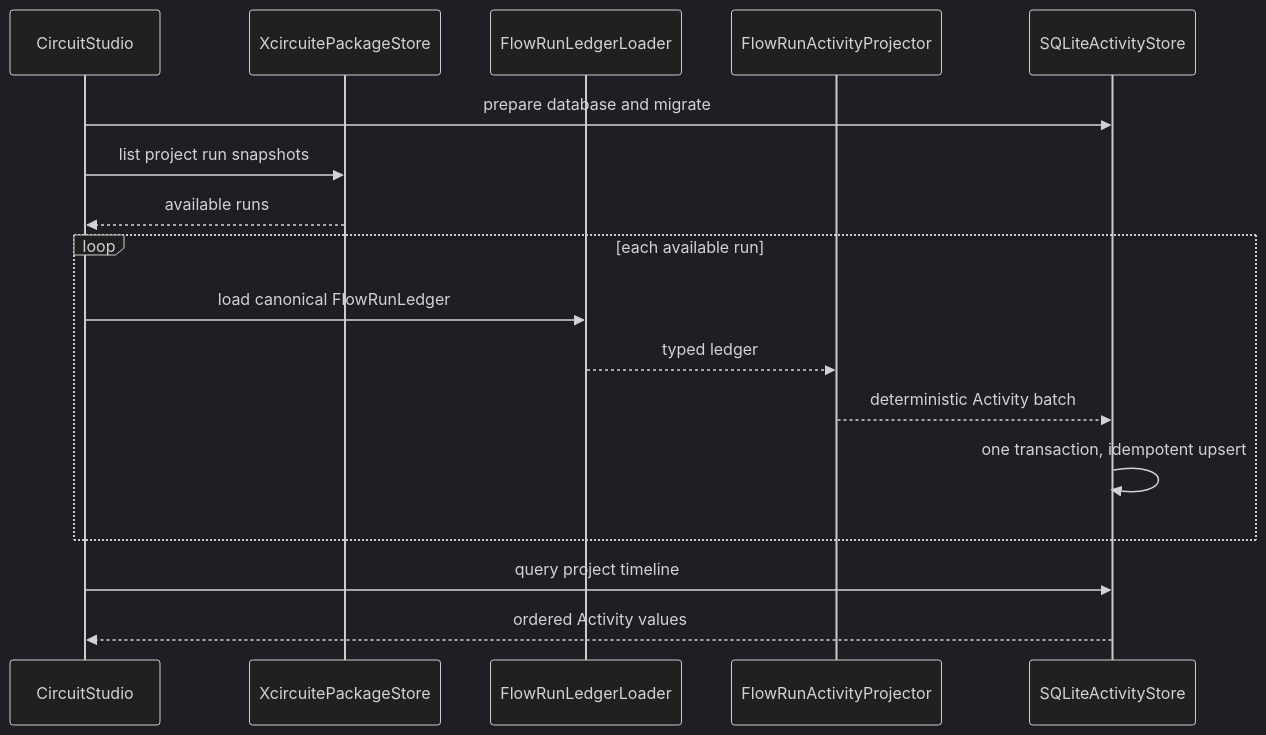
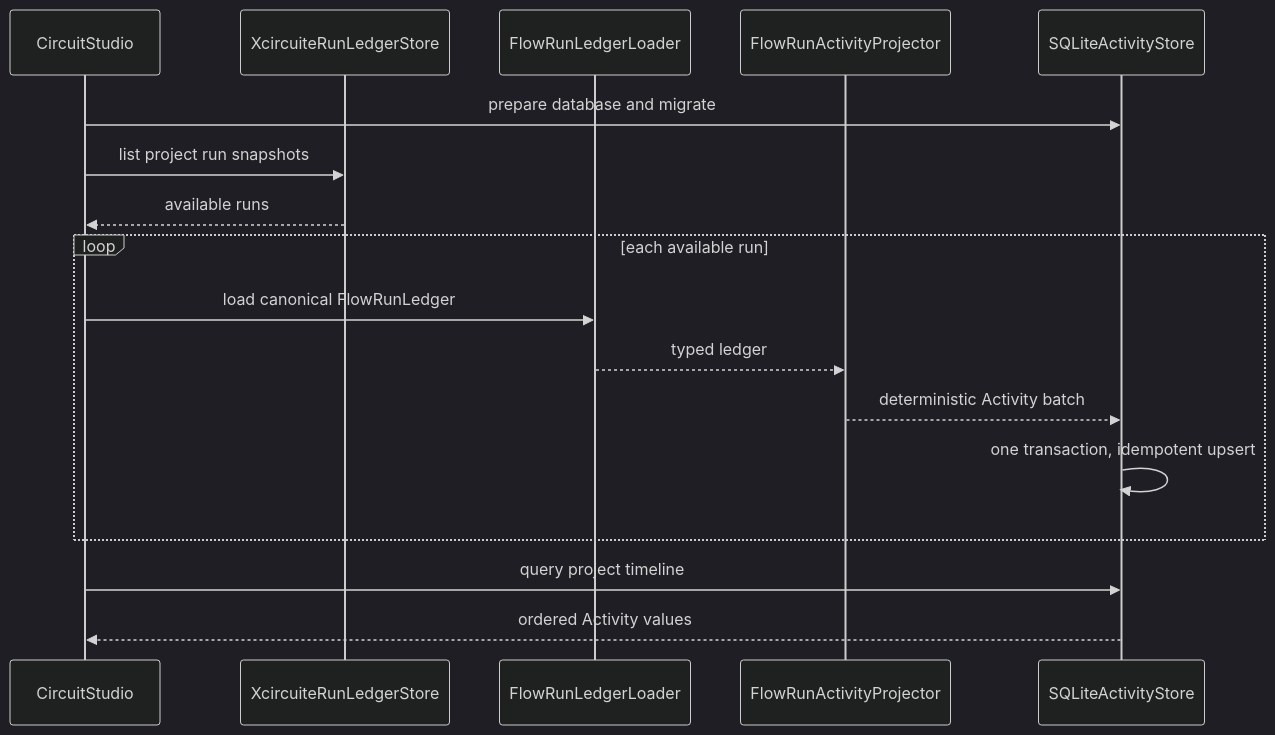
One commit to 1amageek/circuit-studio changed the third of 3 diagrams in docs/activity-timeline-design.md. Above: the diagram before and after it, drawn with Mermaid (dark theme). The commit also changed other lines of this file and 82 other files, not shown here.

````diff
--- a/docs/activity-timeline-design.md
+++ b/docs/activity-timeline-design.md
@@ -221,20 +221,20 @@
 ```mermaid
 sequenceDiagram
   participant UI as CircuitStudio
-  participant PackageStore as XcircuitePackageStore
+  participant PackageStore as XcircuiteRunLedgerStore
   participant Loader as FlowRunLedgerLoader
   participant Projector as FlowRunActivityProjector
   participant Store as SQLiteActivityStore
 
   UI->>Store: prepare database and migrate
   UI->>PackageStore: list project run snapshots
   PackageStore-->>UI: available runs
   loop each available run
     UI->>Loader: load canonical FlowRunLedger
     Loader-->>Projector: typed ledger
     Projector-->>Store: deterministic Activity batch
     Store->>Store: one transaction, idempotent upsert
   end
   UI->>Store: query project timeline
   Store-->>UI: ordered Activity values
 ```
````
